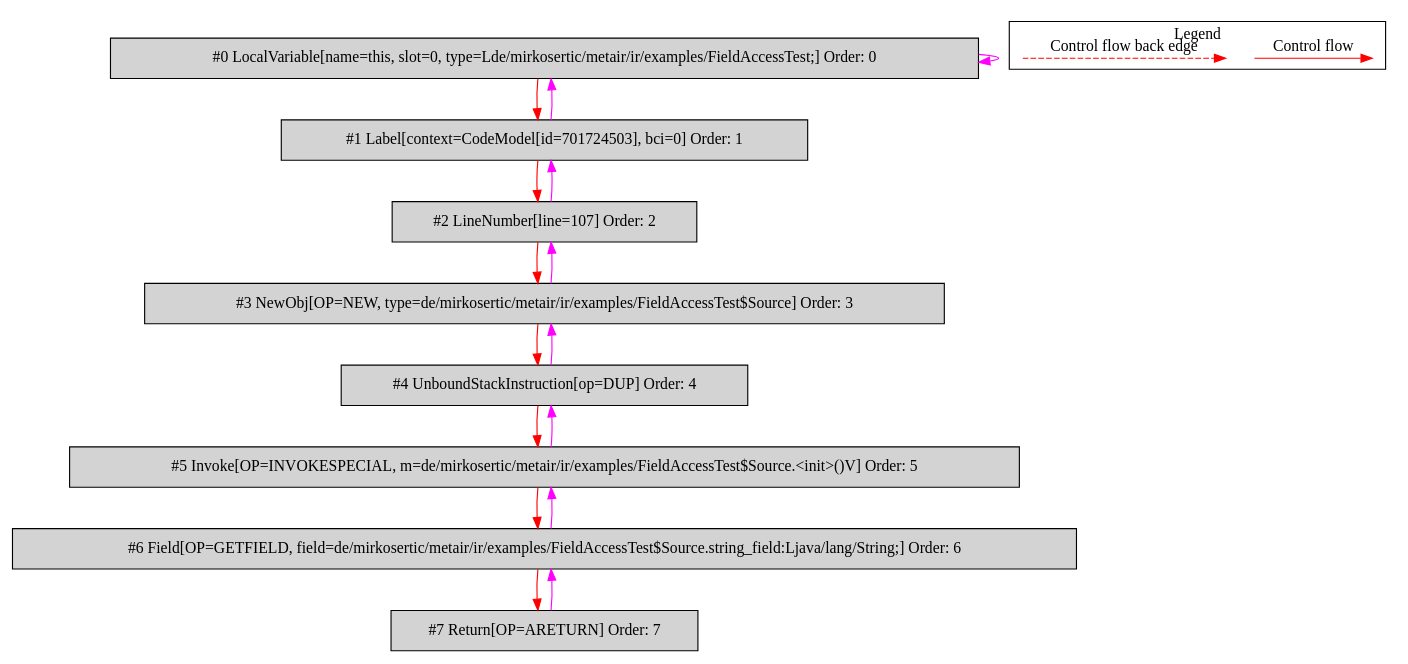
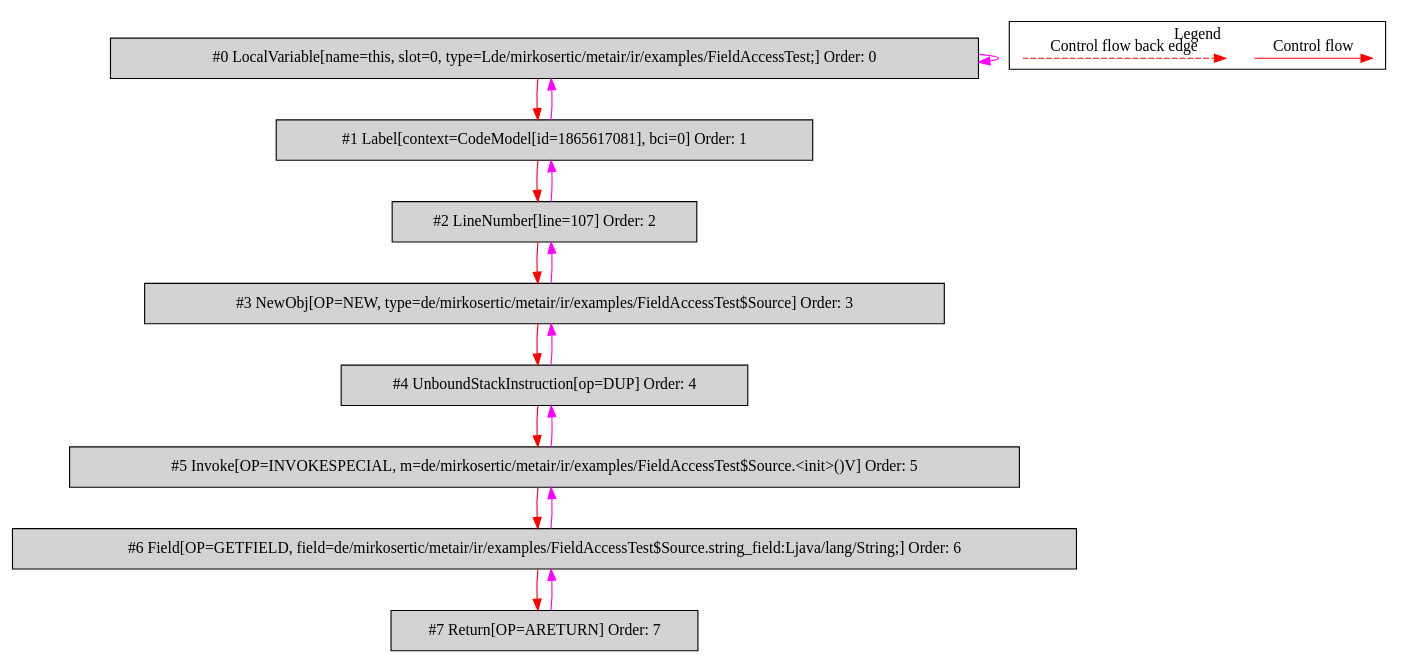
The diagram in de.mirkosertic.metair.ir.examples.FieldAccessTest/return_string/bytecodecfg.dot (mirkosertic/MetaIR), drawn with Graphviz before and after one commit. The commit also changed 1240 other files, not shown here.

```diff
--- a/de.mirkosertic.metair.ir.examples.FieldAccessTest/return_string/bytecodecfg.dot
+++ b/de.mirkosertic.metair.ir.examples.FieldAccessTest/return_string/bytecodecfg.dot
@@ -1,40 +1,40 @@
 digraph {
  ordering="in";
  node0[label="#0 LocalVariable[name=this, slot=0, type=Lde/mirkosertic/metair/ir/examples/FieldAccessTest;] Order: 0", shape=box, fillcolor=lightgrey, style=filled];
- node1[label="#1 Label[context=CodeModel[id=701724503], bci=0] Order: 1", shape=box, fillcolor=lightgrey, style=filled];
+ node1[label="#1 Label[context=CodeModel[id=1865617081], bci=0] Order: 1", shape=box, fillcolor=lightgrey, style=filled];
  node2[label="#2 LineNumber[line=107] Order: 2", shape=box, fillcolor=lightgrey, style=filled];
  node3[label="#3 NewObj[OP=NEW, type=de/mirkosertic/metair/ir/examples/FieldAccessTest$Source] Order: 3", shape=box, fillcolor=lightgrey, style=filled];
  node4[label="#4 UnboundStackInstruction[op=DUP] Order: 4", shape=box, fillcolor=lightgrey, style=filled];
  node5[label="#5 Invoke[OP=INVOKESPECIAL, m=de/mirkosertic/metair/ir/examples/FieldAccessTest$Source.<init>()V] Order: 5", shape=box, fillcolor=lightgrey, style=filled];
  node6[label="#6 Field[OP=GETFIELD, field=de/mirkosertic/metair/ir/examples/FieldAccessTest$Source.string_field:Ljava/lang/String;] Order: 6", shape=box, fillcolor=lightgrey, style=filled];
  node7[label="#7 Return[OP=ARETURN] Order: 7", shape=box, fillcolor=lightgrey, style=filled];
  node0 -> node0[color=fuchsia];
  node0 -> node1[color=red];
  node1 -> node0[color=fuchsia];
  node1 -> node2[color=red];
  node2 -> node1[color=fuchsia];
  node2 -> node3[color=red];
  node3 -> node2[color=fuchsia];
  node3 -> node4[color=red];
  node4 -> node3[color=fuchsia];
  node4 -> node5[color=red];
  node5 -> node4[color=fuchsia];
  node5 -> node6[color=red];
  node6 -> node5[color=fuchsia];
  node6 -> node7[color=red];
  node7 -> node6[color=fuchsia];
  subgraph cluster_000 {
   label = "Legend";
   node [shape=point]
   {
    rank=same;
    c0 [style = invis];
    c1 [style = invis];
    c2 [style = invis];
    c3 [style = invis];
   }
   c0 -> c1 [label="Control flow", style=solid, color=red]
   c2 -> c3 [label="Control flow back edge", style=dashed, color=red]
  }
 
 }
```
